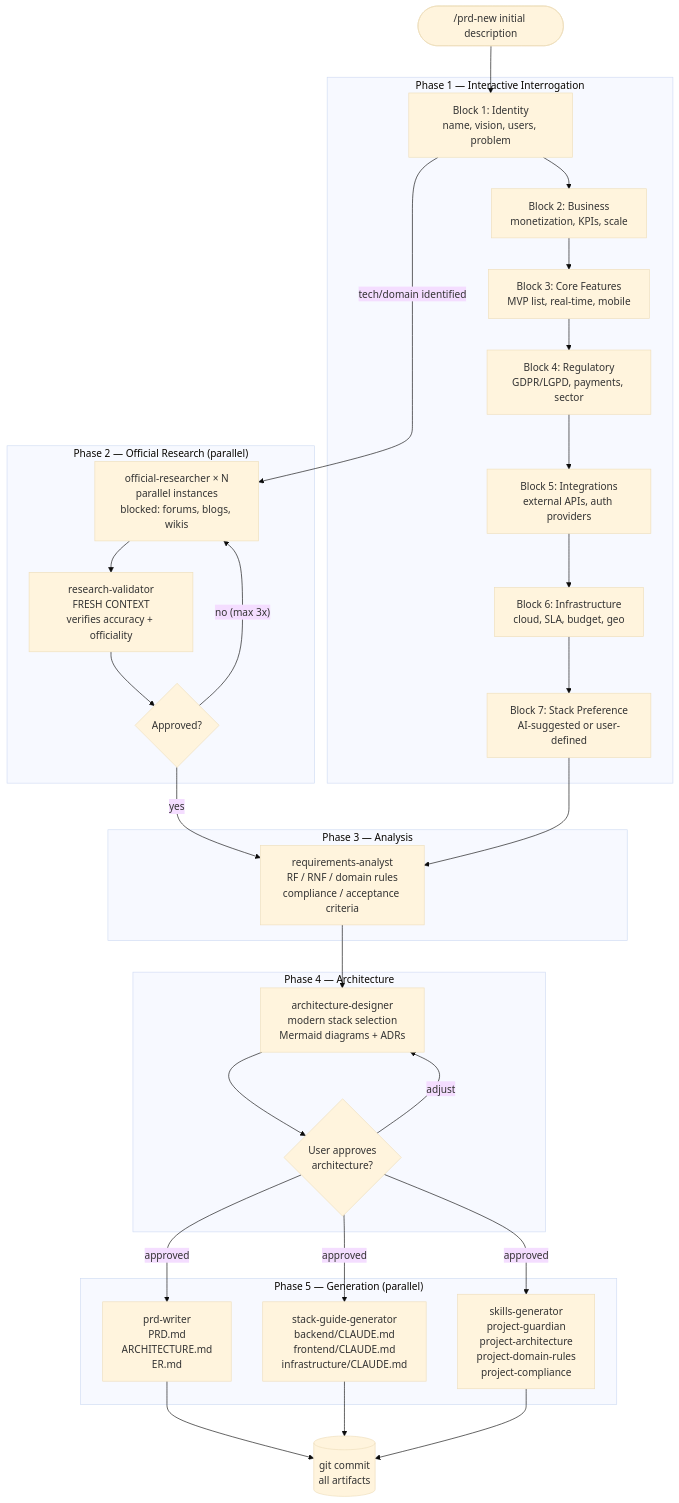
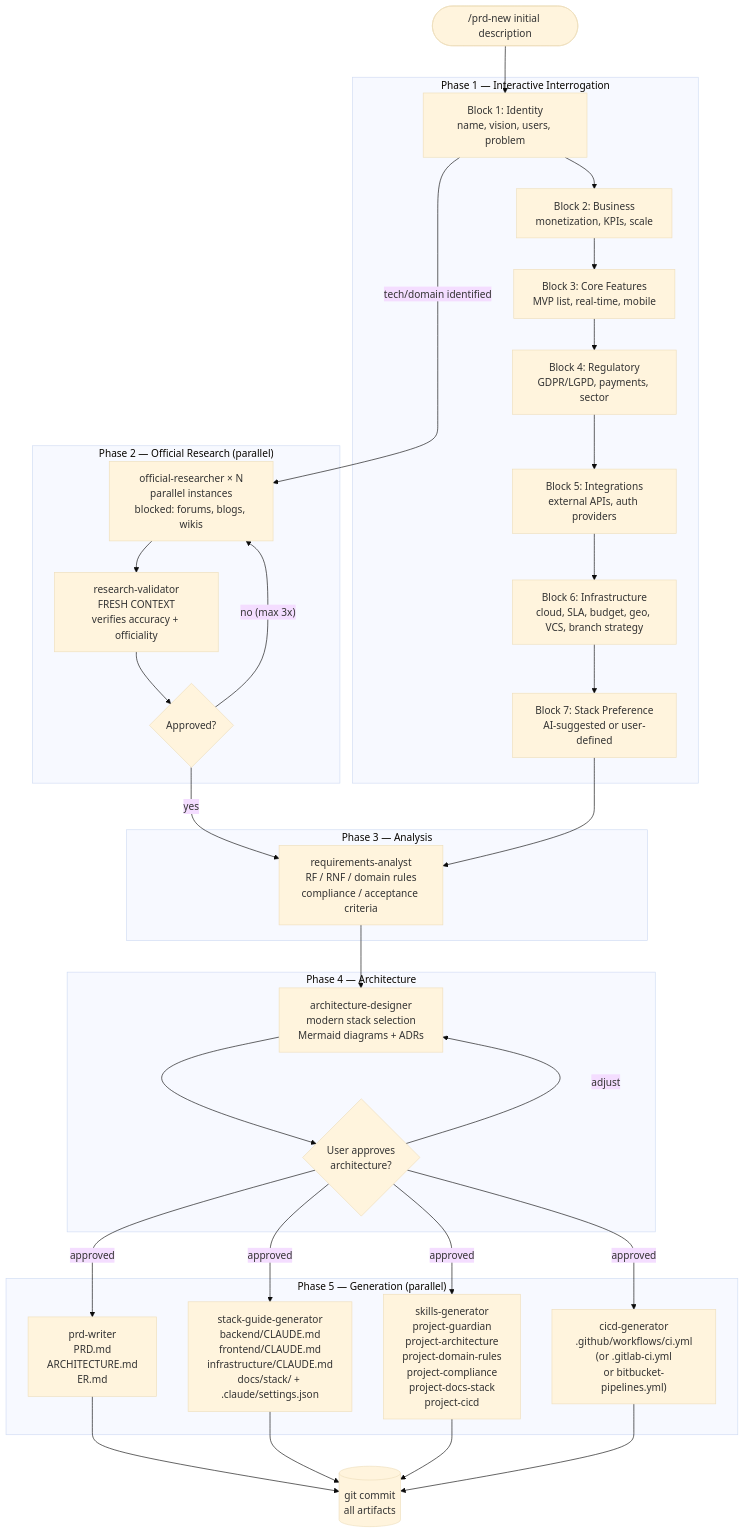
One commit to rodrigorjsf/prd-generator-plugin changed the first of 6 diagrams in README.md. Above: the diagram before and after it, drawn with Mermaid (base theme). The commit also changed other lines of this file and 8 other files, not shown here.

````diff
--- a/README.md
+++ b/README.md
@@ -61,48 +62,49 @@
 ```mermaid
 flowchart TD
     A(["/prd-new initial description"]) --> B
 
     subgraph PHASE1["Phase 1 — Interactive Interrogation"]
         B["Block 1: Identity\nname, vision, users, problem"]
         B --> C["Block 2: Business\nmonetization, KPIs, scale"]
         C --> D["Block 3: Core Features\nMVP list, real-time, mobile"]
         D --> E["Block 4: Regulatory\nGDPR/LGPD, payments, sector"]
         E --> F["Block 5: Integrations\nexternal APIs, auth providers"]
-        F --> G["Block 6: Infrastructure\ncloud, SLA, budget, geo"]
+        F --> G["Block 6: Infrastructure\ncloud, SLA, budget, geo, VCS, branch strategy"]
         G --> H["Block 7: Stack Preference\nAI-suggested or user-defined"]
     end
 
     subgraph PHASE2["Phase 2 — Official Research (parallel)"]
         I["official-researcher × N\nparallel instances\nblocked: forums, blogs, wikis"]
         J["research-validator\nFRESH CONTEXT\nverifies accuracy + officiality"]
         K{Approved?}
         I --> J --> K
         K -->|"no (max 3x)"| I
     end
 
     subgraph PHASE3["Phase 3 — Analysis"]
         L["requirements-analyst\nRF / RNF / domain rules\ncompliance / acceptance criteria"]
     end
 
     subgraph PHASE4["Phase 4 — Architecture"]
         M["architecture-designer\nmodern stack selection\nMermaid diagrams + ADRs"]
         N{User approves\narchitecture?}
         M --> N
         N -->|"adjust"| M
     end
 
     subgraph PHASE5["Phase 5 — Generation (parallel)"]
         O["prd-writer\nPRD.md\nARCHITECTURE.md\nER.md"]
-        P["stack-guide-generator\nbackend/CLAUDE.md\nfrontend/CLAUDE.md\ninfrastructure/CLAUDE.md"]
-        Q["skills-generator\nproject-guardian\nproject-architecture\nproject-domain-rules\nproject-compliance"]
+        P["stack-guide-generator\nbackend/CLAUDE.md\nfrontend/CLAUDE.md\ninfrastructure/CLAUDE.md\ndocs/stack/ + .claude/settings.json"]
+        Q["skills-generator\nproject-guardian\nproject-architecture\nproject-domain-rules\nproject-compliance\nproject-docs-stack\nproject-cicd"]
+        R2["cicd-generator\n.github/workflows/ci.yml\n(or .gitlab-ci.yml\nor bitbucket-pipelines.yml)"]
     end
 
     R[("git commit\nall artifacts")]
 
     B -->|"tech/domain identified"| I
     K -->|yes| L
     H --> L
     L --> M
-    N -->|approved| O & P & Q
-    O & P & Q --> R
+    N -->|approved| O & P & Q & R2
+    O & P & Q & R2 --> R
 ```
````
